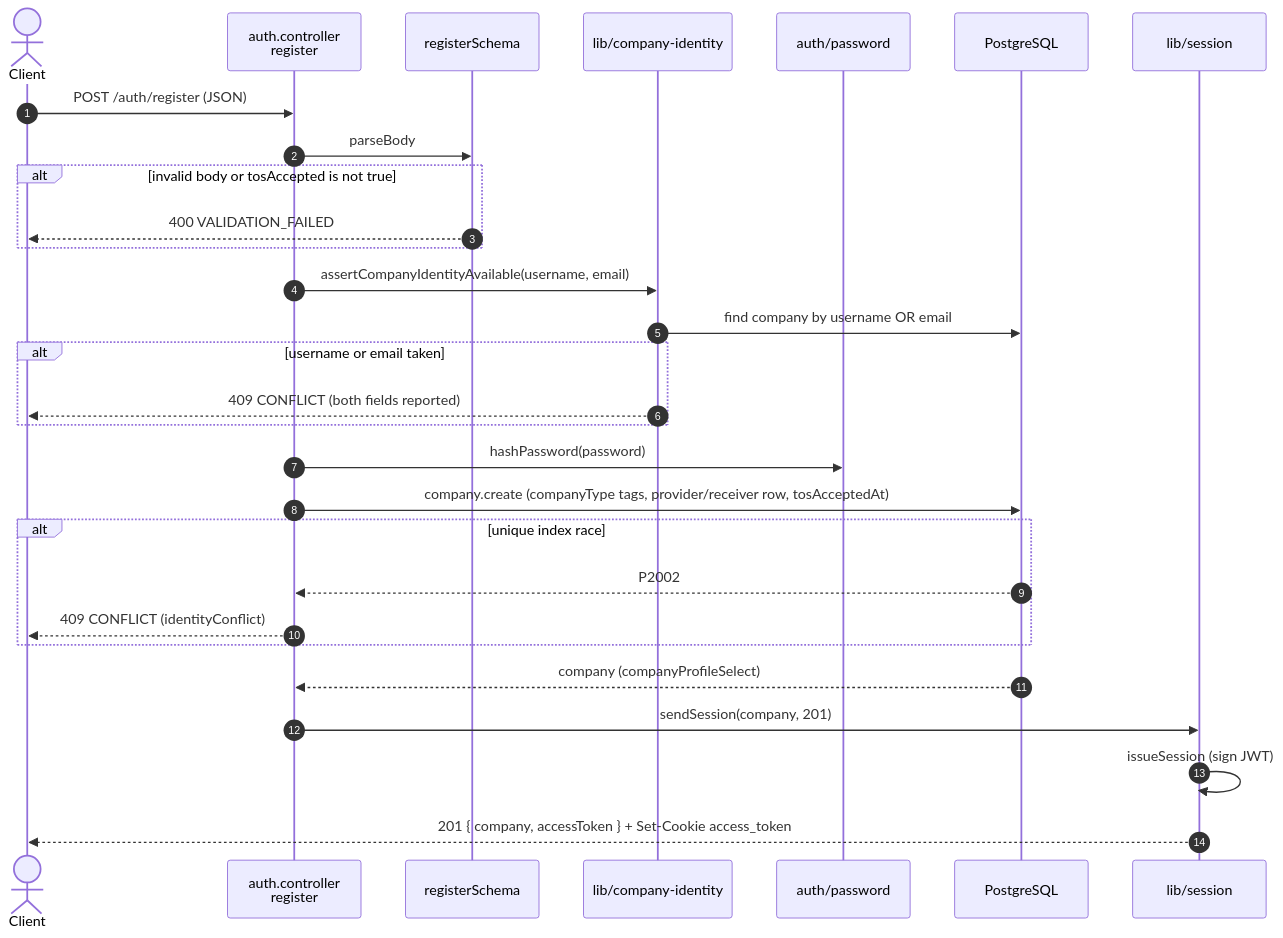
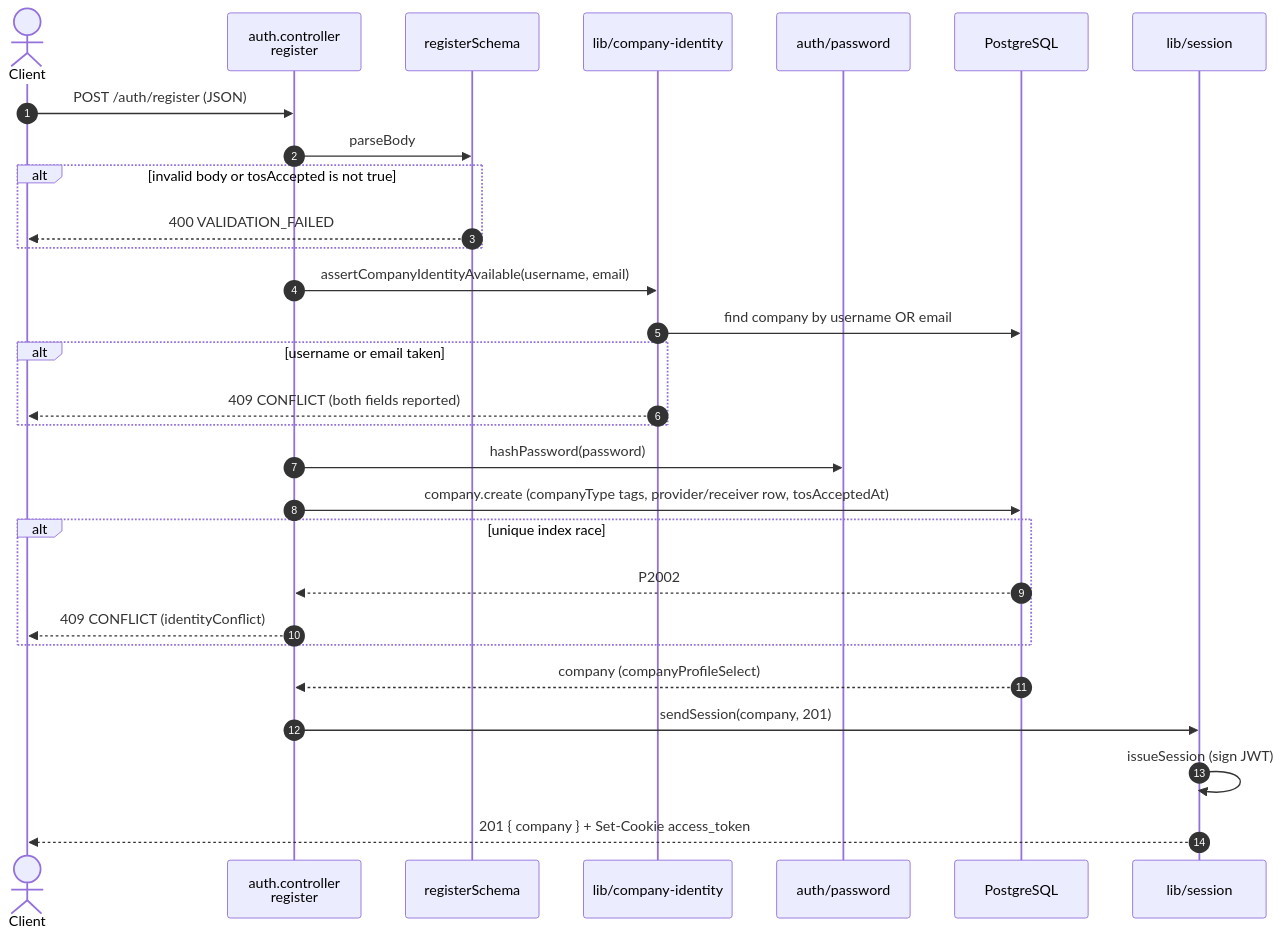
The first of 5 diagrams in docs/api/auth.md (taofuuu/MangoDB), drawn with Mermaid before and after one commit. The commit also changed other lines of this file and 2 other files, not shown here.

Commit message:
docs(api): production session replies carry no token

````diff
--- a/docs/api/auth.md
+++ b/docs/api/auth.md
@@ -28,32 +32,32 @@
 ```mermaid
 sequenceDiagram
     autonumber
     actor C as Client
     participant Ctl as auth.controller<br/>register
     participant V as registerSchema
     participant Id as lib/company-identity
     participant P as auth/password
     participant DB as PostgreSQL
     participant S as lib/session
 
     C->>Ctl: POST /auth/register (JSON)
     Ctl->>V: parseBody
     alt invalid body or tosAccepted is not true
         V-->>C: 400 VALIDATION_FAILED
     end
     Ctl->>Id: assertCompanyIdentityAvailable(username, email)
     Id->>DB: find company by username OR email
     alt username or email taken
         Id-->>C: 409 CONFLICT (both fields reported)
     end
     Ctl->>P: hashPassword(password)
     Ctl->>DB: company.create (companyType tags, provider/receiver row, tosAcceptedAt)
     alt unique index race
         DB-->>Ctl: P2002
         Ctl-->>C: 409 CONFLICT (identityConflict)
     end
     DB-->>Ctl: company (companyProfileSelect)
     Ctl->>S: sendSession(company, 201)
     S->>S: issueSession (sign JWT)
-    S-->>C: 201 { company, accessToken } + Set-Cookie access_token
+    S-->>C: 201 { company } + Set-Cookie access_token
 ```
````
